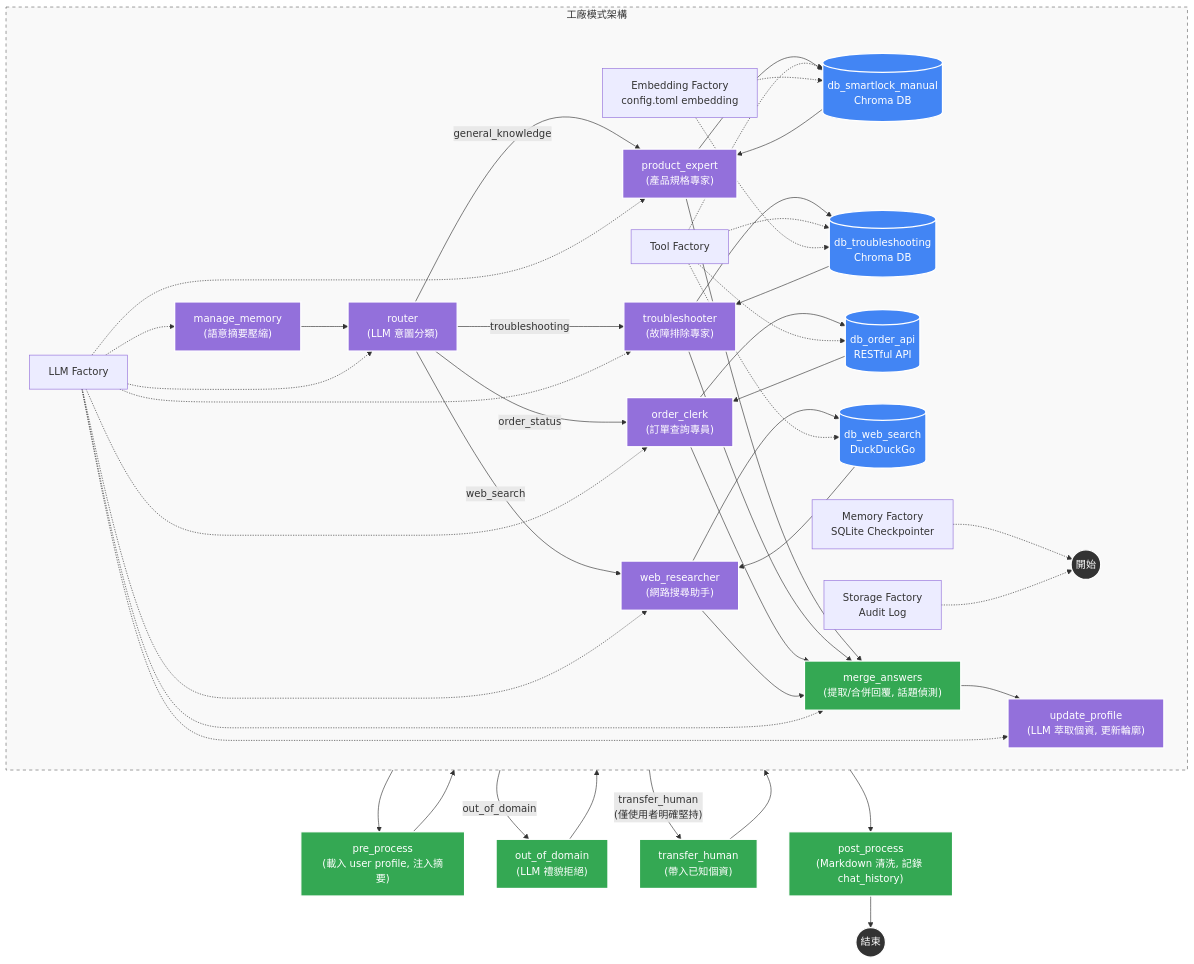
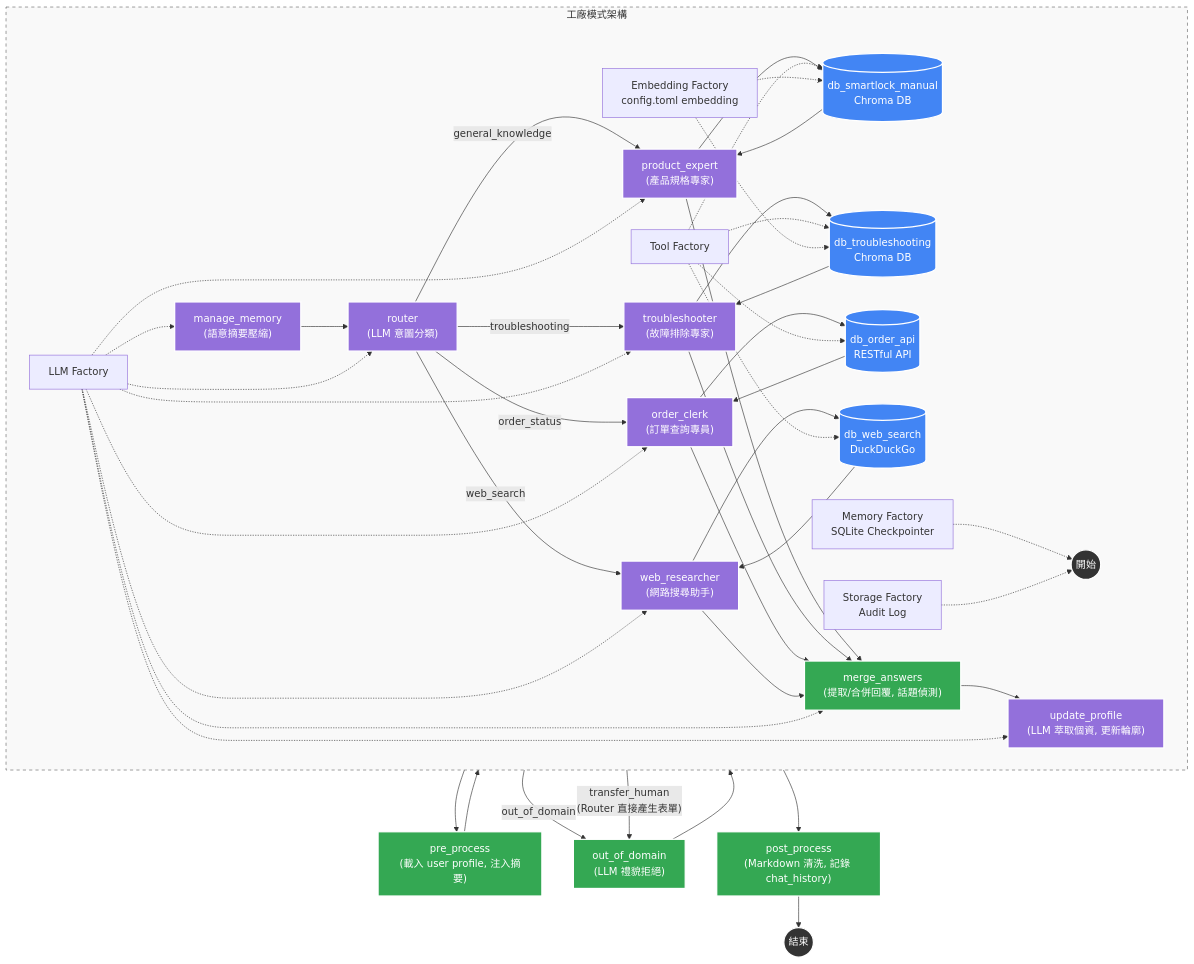
One commit to Imding1211/lock_AI_Agent changed the first of 5 diagrams in docs/manuals/系統架構與流程圖.md. Above: the diagram before and after it, drawn with Mermaid. The commit also changed other lines of this file and 8 other files, not shown here.

First line of the commit message:
refactor: 移除 transfer_human 獨立節點，改由 router 直接產生轉接表單；修復 SQLite 關閉掛起問題

````diff
--- a/docs/manuals/系統架構與流程圖.md
+++ b/docs/manuals/系統架構與流程圖.md
@@ -3,58 +3,56 @@
 ```mermaid
 graph TD
     %% 節點樣式定義
     classDef startEnd fill:#333,stroke:#fff,stroke-width:2px,color:#fff;
     classDef llmNode fill:#9370DB,stroke:#fff,stroke-width:2px,color:#fff;
     classDef decision fill:#ff9900,stroke:#333,stroke-width:2px;
     classDef dbNode fill:#4285f4,stroke:#fff,stroke-width:2px,color:#fff;
     classDef actionNode fill:#34a853,stroke:#fff,stroke-width:2px,color:#fff;
     classDef note fill:#f9f9f9,stroke:#666,stroke-dasharray: 5 5;
 
     %% 核心流程
     START((開始)):::startEnd --> pre_process["pre_process<br/>(載入 user profile, 注入摘要)"]:::actionNode
     pre_process --> manage_memory["manage_memory<br/>(語意摘要壓縮)"]:::llmNode
     manage_memory --> router["router<br/>(LLM 意圖分類)"]:::llmNode
 
     %% 意圖分流（Send() fan-out，多意圖可平行派發）
     router -- "general_knowledge" --> PE["product_expert<br/>(產品規格專家)"]:::llmNode
     router -- "troubleshooting" --> TS["troubleshooter<br/>(故障排除專家)"]:::llmNode
     router -- "order_status" --> OC["order_clerk<br/>(訂單查詢專員)"]:::llmNode
     router -- "web_search" --> WR["web_researcher<br/>(網路搜尋助手)"]:::llmNode
     router -- "out_of_domain" --> OOD["out_of_domain<br/>(LLM 禮貌拒絕)"]:::actionNode
-    router -- "transfer_human<br/>(僅使用者明確堅持)" --> HUMAN["transfer_human<br/>(帶入已知個資)"]:::actionNode
+    router -- "transfer_human<br/>(Router 直接產生表單)" --> OOD
 
     %% Agent 子圖（agent_llm ↔ tool_node 迴圈）
     PE --> PE_TOOL[("db_smartlock_manual<br/>Chroma DB")]:::dbNode
     TS --> TS_TOOL[("db_troubleshooting<br/>Chroma DB")]:::dbNode
     OC --> OC_TOOL[("db_order_api<br/>RESTful API")]:::dbNode
     WR --> WR_TOOL[("db_web_search<br/>DuckDuckGo")]:::dbNode
 
     PE_TOOL --> PE
     TS_TOOL --> TS
     OC_TOOL --> OC
     WR_TOOL --> WR
 
     %% 匯流
     PE --> merge_answers["merge_answers<br/>(提取/合併回覆, 話題偵測)"]:::actionNode
     TS --> merge_answers
     OC --> merge_answers
     WR --> merge_answers
     OOD --> merge_answers
-    HUMAN --> merge_answers
-
     merge_answers --> update_profile["update_profile<br/>(LLM 萃取個資, 更新輪廓)"]:::llmNode
     update_profile --> post_process["post_process<br/>(Markdown 清洗, 記錄 chat_history)"]:::actionNode
     post_process --> END((結束)):::startEnd
 
     %% 底層支援
     subgraph Support_Layer [工廠模式架構]
         direction LR
         f1[LLM Factory] -.-> manage_memory & router & PE & TS & OC & WR & merge_answers & update_profile
         f2[Memory Factory<br/>SQLite Checkpointer] -.-> START
         f3[Tool Factory] -.-> PE_TOOL & TS_TOOL & OC_TOOL & WR_TOOL
         f4[Storage Factory<br/>Audit Log] -.-> START
         f5[Embedding Factory<br/>config.toml embedding] -.-> PE_TOOL & TS_TOOL
     end
     class Support_Layer note
 
 ```
````
